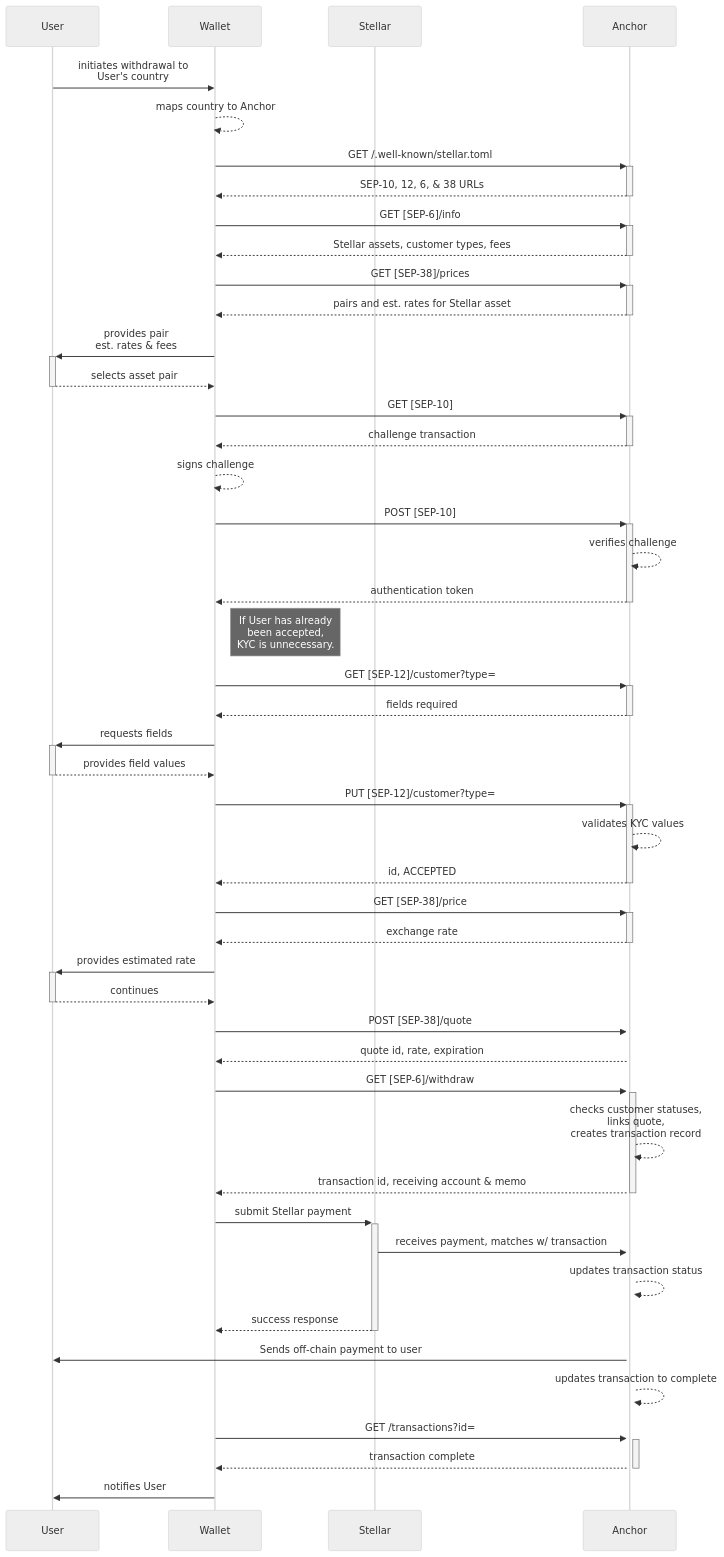
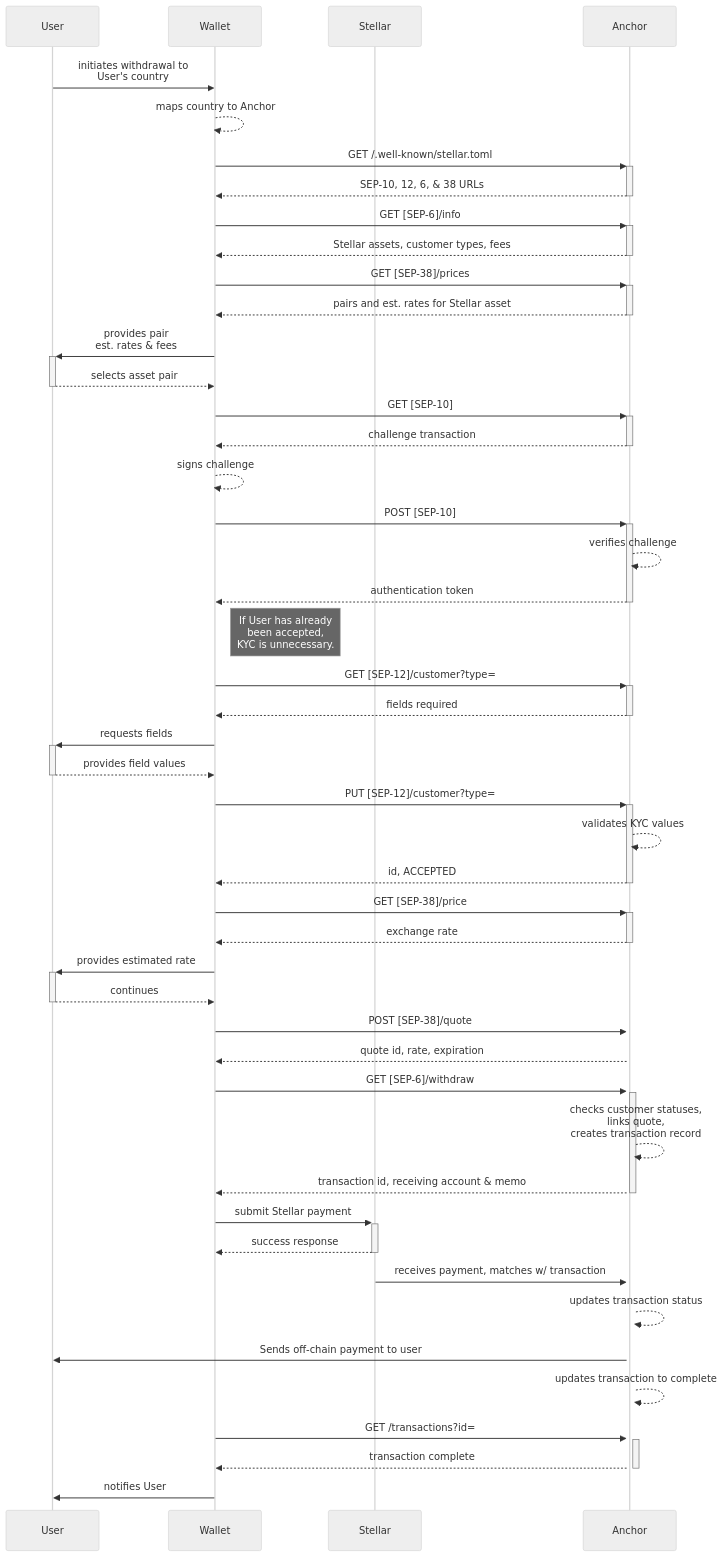
One commit to stellar/stellar-protocol changed the diagram in ecosystem/sep-0006.md. Above: the diagram before and after it, drawn with Mermaid (neutral theme). The commit also changed other lines of this file, not shown here.

````diff
--- a/ecosystem/sep-0006.md
+++ b/ecosystem/sep-0006.md
@@ -41,58 +41,58 @@
 ```mermaid
 sequenceDiagram 
     participant User
     participant Wallet
     participant Stellar
     participant Anchor
     User->>Wallet: initiates withdrawal to <br> User's country
     Wallet-->>Wallet: maps country to Anchor
 
     Wallet->>+Anchor: GET /.well-known/stellar.toml
     Anchor-->>-Wallet: SEP-10, 12, 6, & 38 URLs
     Wallet->>+Anchor: GET [SEP-6]/info
     Anchor-->>-Wallet: Stellar assets, customer types, fees
     Wallet->>+Anchor: GET [SEP-38]/prices
     Anchor-->>-Wallet: pairs and est. rates for Stellar asset
 
     Wallet->>+User: provides pair <br> est. rates & fees
     User-->>-Wallet: selects asset pair
 
     Wallet->>+Anchor: GET [SEP-10]
     Anchor-->>-Wallet: challenge transaction
     Wallet-->>Wallet: signs challenge
     Wallet->>+Anchor: POST [SEP-10]
     Anchor-->>Anchor: verifies challenge
     Anchor-->>-Wallet: authentication token
 
     
     note right of Wallet: If User has already <br> been accepted, <br> KYC is unnecessary.
     Wallet->>+Anchor: GET [SEP-12]/customer?type=
     Anchor-->>-Wallet: fields required
     Wallet->>+User: requests fields
     User-->>-Wallet: provides field values
     Wallet->>+Anchor: PUT [SEP-12]/customer?type=
     Anchor-->>Anchor: validates KYC values
     Anchor-->>-Wallet: id, ACCEPTED
 
     Wallet->>+Anchor: GET [SEP-38]/price
     Anchor-->>-Wallet: exchange rate
     Wallet->>+User: provides estimated rate
     User-->>-Wallet: continues
     Wallet->>+Anchor: POST [SEP-38]/quote
     Anchor-->>Wallet: quote id, rate, expiration
     
     Wallet->>+Anchor: GET [SEP-6]/withdraw
     Anchor-->>Anchor: checks customer statuses, <br> links quote, <br> creates transaction record
     Anchor-->>-Wallet: transaction id, receiving account & memo
 
     Wallet->>+Stellar: submit Stellar payment
+    Stellar-->>-Wallet: success response
     Stellar->>+Anchor: receives payment, matches w/ transaction
     Anchor-->>Anchor: updates transaction status
-    Stellar-->>-Wallet: success response
 
     Anchor->>User: Sends off-chain payment to user
     Anchor-->>Anchor: updates transaction to complete
     Wallet->>+Anchor: GET /transactions?id=
     Anchor-->>-Wallet: transaction complete
     Wallet->>User: notifies User
 ```
````
